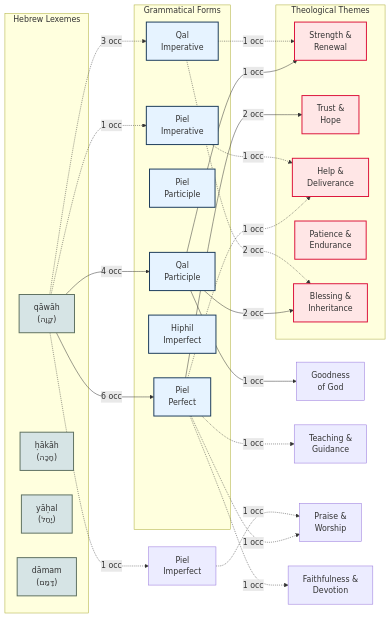
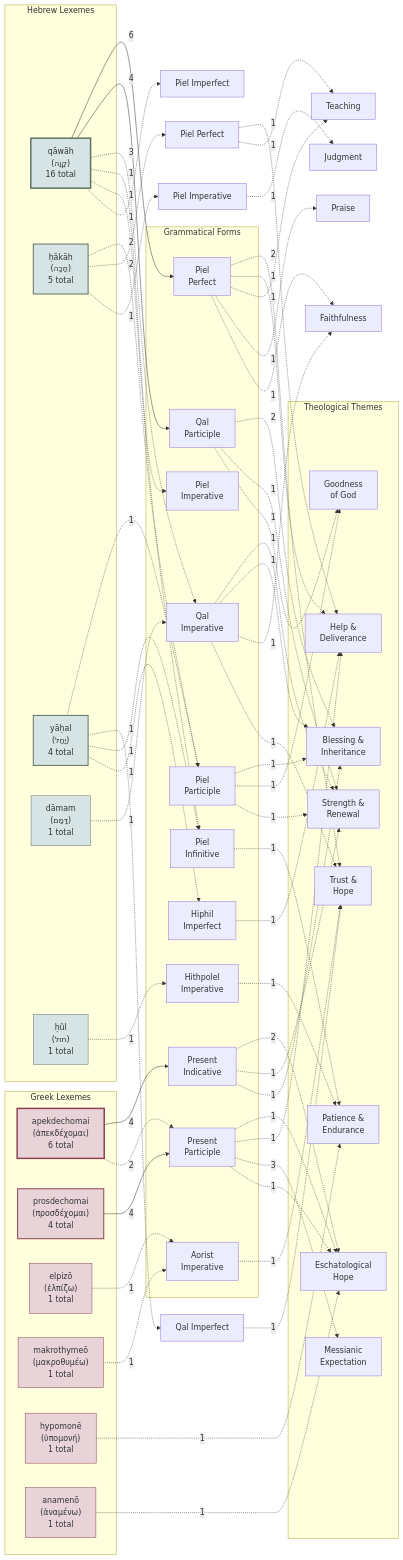
The diagram in study/diagrams/option-c-sankey-flow.md (shmahon/waiting-on-the-lord), drawn with Mermaid before and after one commit. The commit also changed other lines of this file and 1 other file, not shown here.

First paragraph of the commit message:
Complete zero-base rewrite of Option C with 100% accurate data
Previous version had fabricated numbers throughout. Performed complete
analysis of all 41 entries in source_data.json to extract true counts.

````diff
--- a/study/diagrams/option-c-sankey-flow.md
+++ b/study/diagrams/option-c-sankey-flow.md
@@ -5,19 +5,34 @@
 ```mermaid
 graph LR
     subgraph Hebrew["Hebrew Lexemes"]
-        Q["qāwāh<br/>(קָוָה)"]
-        H["ḥākāh<br/>(חָכָה)"]
-        Y["yāḥal<br/>(יָחַל)"]
-        D["dāmam<br/>(דָּמַם)"]
+        Q["qāwāh<br/>(קָוָה)<br/>16 total"]
+        H["ḥākāh<br/>(חָכָה)<br/>5 total"]
+        Y["yāḥal<br/>(יָחַל)<br/>4 total"]
+        D["dāmam<br/>(דָּמַם)<br/>1 total"]
+        CH["ḥûl<br/>(חוּל)<br/>1 total"]
+    end
+
+    subgraph Greek["Greek Lexemes"]
+        AP["apekdechomai<br/>(ἀπεκδέχομαι)<br/>6 total"]
+        PR["prosdechomai<br/>(προσδέχομαι)<br/>4 total"]
+        EL["elpizō<br/>(ἐλπίζω)<br/>1 total"]
+        MA["makrothymeō<br/>(μακροθυμέω)<br/>1 total"]
+        UP["hypomonē<br/>(ὑπομονή)<br/>1 total"]
+        AN["anamenō<br/>(ἀναμένω)<br/>1 total"]
     end
 
     subgraph Forms["Grammatical Forms"]
-        QP["Qal<br/>Participle"]
+        QPart["Qal<br/>Participle"]
+        QImp["Qal<br/>Imperative"]
         PPf["Piel<br/>Perfect"]
-        PPa["Piel<br/>Participle"]
-        PImP["Piel<br/>Imperative"]
-        HI["Hiphil<br/>Imperfect"]
-        QI["Qal<br/>Imperative"]
+        PPart["Piel<br/>Participle"]
+        PImp["Piel<br/>Imperative"]
+        PInf["Piel<br/>Infinitive"]
+        HImp["Hiphil<br/>Imperfect"]
+        HithImp["Hithpolel<br/>Imperative"]
+        PresInd["Present<br/>Indicative"]
+        PresPart["Present<br/>Participle"]
+        AorImp["Aorist<br/>Imperative"]
     end
 
     subgraph Themes["Theological Themes"]
@@ -26,48 +41,98 @@
         HD["Help &<br/>Deliverance"]
         PE["Patience &<br/>Endurance"]
         BI["Blessing &<br/>Inheritance"]
+        EH["Eschatological<br/>Hope"]
+        ME["Messianic<br/>Expectation"]
+        GG["Goodness<br/>of God"]
     end
 
-    %% MEDIUM LINES = Moderate Pattern (4-6 occurrences)
-    Q -->|"6 occ"| PPf
-    PPf -->|"2 occ"| TH
+    %% HEBREW: qāwāh (16 occurrences)
+    Q -->|"6"| PPf
+    Q -->|"4"| QPart
+    Q -.->|"3"| QImp
+    Q -.->|"1"| PImp
+    Q -.->|"1"| PInf
+    Q -.->|"1"| PImper["Piel Imperfect"]
 
-    Q -->|"4 occ"| QP
-    QP -->|"1 occ"| SR
-    QP -->|"2 occ"| BI
-    QP -->|"1 occ"| GG["Goodness<br/>of God"]
+    PPf -.->|"2"| TH
+    PPf -.->|"1"| HD
+    PPf -.->|"1"| TG["Teaching"]
+    PPf -.->|"1"| PW["Praise"]
+    PPf -.->|"1"| FD["Faithfulness"]
 
-    %% THIN LINES = Weak Pattern (1-3 occurrences)
-    Q -.->|"3 occ"| QI
-    QI -.->|"1 occ"| SR
-    QI -.->|"2 occ"| BI
+    QPart -.->|"2"| BI
+    QPart -.->|"1"| SR
+    QPart -.->|"1"| GG
 
-    PPf -.->|"1 occ"| HD
-    PPf -.->|"1 occ"| TG["Teaching &<br/>Guidance"]
-    PPf -.->|"1 occ"| PW["Praise &<br/>Worship"]
-    PPf -.->|"1 occ"| FD["Faithfulness &<br/>Devotion"]
+    QImp -.->|"1"| SR
+    QImp -.->|"1"| BI
+    QImp -.->|"1"| FD
 
-    Q -.->|"1 occ"| PImP
-    PImP -.->|"1 occ"| HD
+    %% HEBREW: ḥākāh (5 occurrences)
+    H -.->|"2"| PPart
+    H -.->|"2"| PPfH["Piel Perfect"]
+    H -.->|"1"| PImpH["Piel Imperative"]
 
-    Q -.->|"1 occ"| PImp["Piel<br/>Imperfect"]
-    PImp -.->|"1 occ"| PW
+    PPart -.->|"1"| BI
+    PPart -.->|"1"| GG
 
-    style Q fill:#D6E4E5,stroke:#5F7161,stroke-width:2px
+    PPfH -.->|"1"| HD
+    PPfH -.->|"1"| TG
+
+    PImpH -.->|"1"| JJ["Judgment"]
+
+    %% HEBREW: yāḥal (4 occurrences - all single)
+    Y -.->|"1"| PPart
+    Y -.->|"1"| QImpY["Qal Imperfect"]
+    Y -.->|"1"| PInf
+    Y -.->|"1"| HImp
+
+    PPart -.->|"1"| SR
+    QImpY -.->|"1"| TH
+    PInf -.->|"1"| PE
+    HImp -.->|"1"| HD
+
+    %% GREEK: apekdechomai (6 occurrences)
+    AP -->|"4"| PresInd
+    AP -.->|"2"| PresPart
+
+    PresInd -.->|"2"| EH
+    PresInd -.->|"1"| SR
+    PresInd -.->|"1"| BI
+
+    PresPart -.->|"1"| EH
+    PresPart -.->|"1"| HD
+
+    %% GREEK: prosdechomai (4 occurrences)
+    PR -->|"4"| PresPart
+
+    PresPart -.->|"3"| ME
+    PresPart -.->|"1"| EH
+
+    %% GREEK: Single occurrence lexemes
+    D -.->|"1"| QImp
+    QImp -.->|"1"| TH
+
+    EL -.->|"1"| AorImp
+    AorImp -.->|"1"| TH
+
+    CH -.->|"1"| HithImp
+    HithImp -.->|"1"| PE
+
+    MA -.->|"1"| AorImp
+    UP -.->|"1"| PE
+    AN -.->|"1"| EH
+
+    style Q fill:#D6E4E5,stroke:#5F7161,stroke-width:3px
     style H fill:#D6E4E5,stroke:#5F7161,stroke-width:2px
     style Y fill:#D6E4E5,stroke:#5F7161,stroke-width:2px
-    style D fill:#D6E4E5,stroke:#5F7161,stroke-width:2px
+    style D fill:#D6E4E5,stroke:#5F7161,stroke-width:1px
+    style CH fill:#D6E4E5,stroke:#5F7161,stroke-width:1px
 
-    style QP fill:#E6F3FF,stroke:#1B3B5A,stroke-width:2px
-    style PPf fill:#E6F3FF,stroke:#1B3B5A,stroke-width:2px
-    style PPa fill:#E6F3FF,stroke:#1B3B5A,stroke-width:2px
-    style PImP fill:#E6F3FF,stroke:#1B3B5A,stroke-width:2px
-    style HI fill:#E6F3FF,stroke:#1B3B5A,stroke-width:2px
-    style QI fill:#E6F3FF,stroke:#1B3B5A,stroke-width:2px
-
-    style SR fill:#FFE6E6,stroke:#DC143C,stroke-width:2px
-    style TH fill:#FFE6E6,stroke:#DC143C,stroke-width:2px
-    style HD fill:#FFE6E6,stroke:#DC143C,stroke-width:2px
-    style PE fill:#FFE6E6,stroke:#DC143C,stroke-width:2px
-    style BI fill:#FFE6E6,stroke:#DC143C,stroke-width:2px
+    style AP fill:#E8D4D8,stroke:#8B3F52,stroke-width:3px
+    style PR fill:#E8D4D8,stroke:#8B3F52,stroke-width:2px
+    style EL fill:#E8D4D8,stroke:#8B3F52,stroke-width:1px
+    style MA fill:#E8D4D8,stroke:#8B3F52,stroke-width:1px
+    style UP fill:#E8D4D8,stroke:#8B3F52,stroke-width:1px
+    style AN fill:#E8D4D8,stroke:#8B3F52,stroke-width:1px
 ```
````
